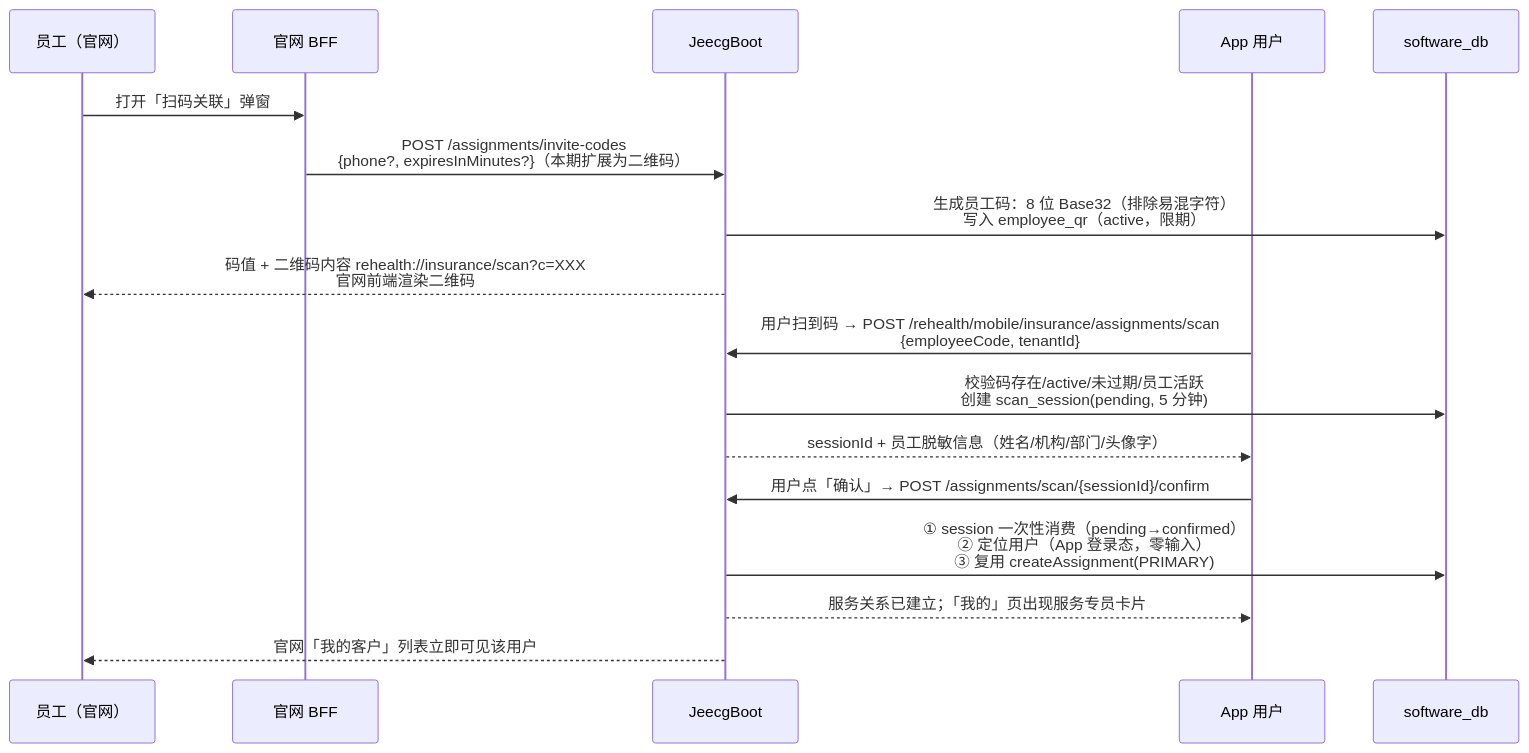
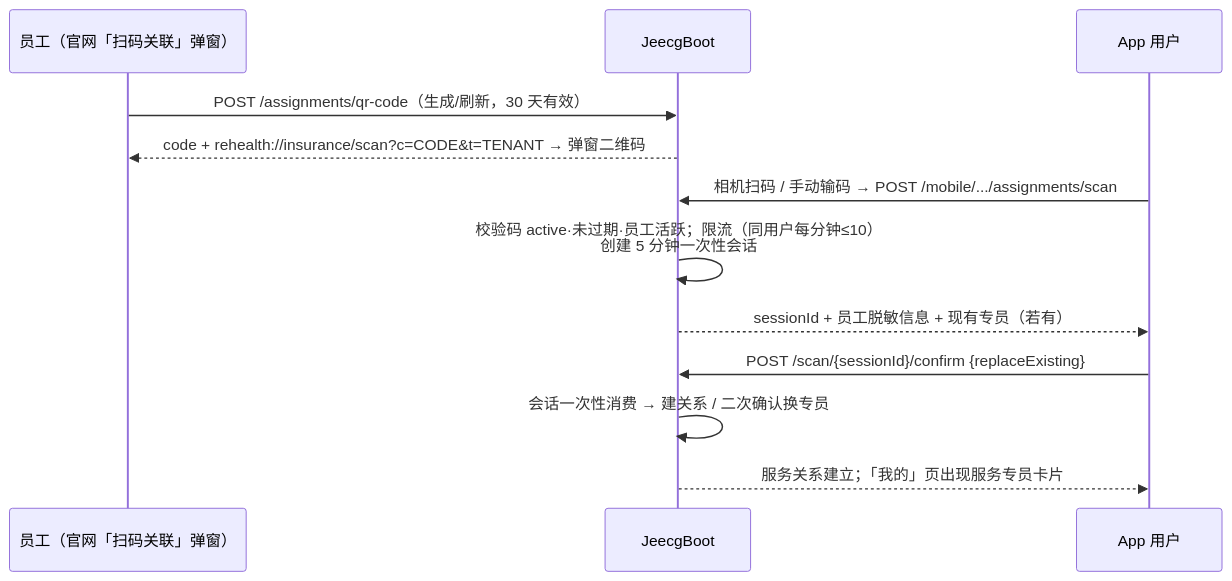
Before and after one commit to wjmlong/rehealth_tongbu: the fifth of 7 diagrams in docs/保险侧服务关系与扫码关联.md, drawn with Mermaid. The commit also changed other lines of this file and 4 other files, not shown here.

````diff
--- a/docs/保险侧服务关系与扫码关联.md
+++ b/docs/保险侧服务关系与扫码关联.md
@@ -589,19 +96,14 @@
 ```mermaid
 sequenceDiagram
-    participant E as 员工（官网）
-    participant BFF as 官网 BFF
+    participant E as 员工（官网「扫码关联」弹窗）
     participant JEE as JeecgBoot
     participant APP as App 用户
-    participant DB as software_db
-    E->>BFF: 打开「扫码关联」弹窗
-    BFF->>JEE: POST /assignments/invite-codes<br>{phone?, expiresInMinutes?}（本期扩展为二维码）
-    JEE->>DB: 生成员工码：8 位 Base32（排除易混字符）<br>写入 employee_qr（active，限期）
-    JEE-->>E: 码值 + 二维码内容 rehealth://insurance/scan?c=XXX<br>官网前端渲染二维码
-    APP->>JEE: 用户扫到码 → POST /rehealth/mobile/insurance/assignments/scan<br>{employeeCode, tenantId}
-    JEE->>DB: 校验码存在/active/未过期/员工活跃<br>创建 scan_session(pending, 5 分钟)
-    JEE-->>APP: sessionId + 员工脱敏信息（姓名/机构/部门/头像字）
-    APP->>JEE: 用户点「确认」→ POST /assignments/scan/{sessionId}/confirm
-    JEE->>DB: ① session 一次性消费（pending→confirmed）<br>② 定位用户（App 登录态，零输入）<br>③ 复用 createAssignment(PRIMARY)
-    JEE-->>APP: 服务关系已建立；「我的」页出现服务专员卡片
-    JEE-->>E: 官网「我的客户」列表立即可见该用户
+    E->>JEE: POST /assignments/qr-code（生成/刷新，30 天有效）
+    JEE-->>E: code + rehealth://insurance/scan?c=CODE&t=TENANT → 弹窗二维码
+    APP->>JEE: 相机扫码 / 手动输码 → POST /mobile/.../assignments/scan
+    JEE->>JEE: 校验码 active·未过期·员工活跃；限流（同用户每分钟≤10）<br>创建 5 分钟一次性会话
+    JEE-->>APP: sessionId + 员工脱敏信息 + 现有专员（若有）
+    APP->>JEE: POST /scan/{sessionId}/confirm {replaceExisting}
+    JEE->>JEE: 会话一次性消费 → 建关系 / 二次确认换专员
+    JEE-->>APP: 服务关系建立；「我的」页出现服务专员卡片
 ```
````
